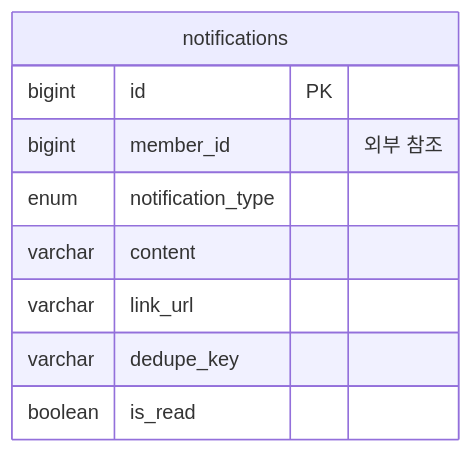
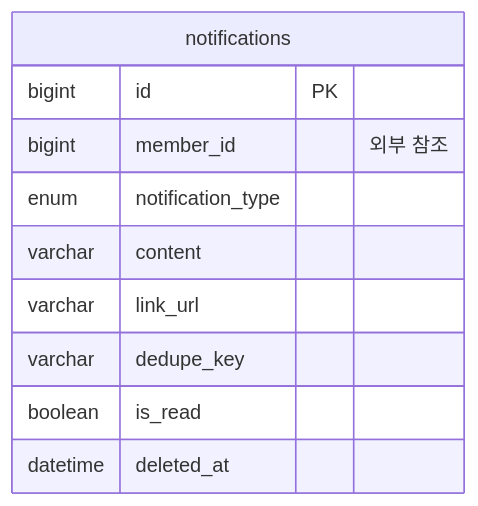
One commit to OdinAhn/take-care-of-my-fridge changed the sixth of 7 diagrams in docs/database/erd.md. Above: the diagram before and after it, drawn with Mermaid. The commit also changed 7 other files, not shown here.

````diff
--- a/docs/database/erd.md
+++ b/docs/database/erd.md
@@ -268,12 +268,13 @@
 ```mermaid
 erDiagram
     notifications {
         bigint id PK
         bigint member_id "외부 참조"
         enum notification_type
         varchar content
         varchar link_url
         varchar dedupe_key
         boolean is_read
+        datetime deleted_at
     }
 ```
````
